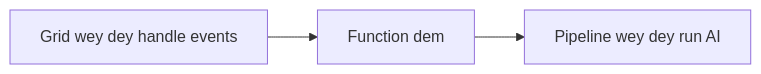
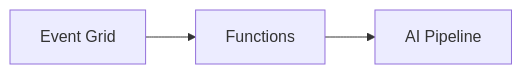
Before and after one commit to microsoft/AZD-for-beginners: the second of 2 diagrams in translations/pcm/docs/chapter-08-production/README.md, drawn with Mermaid. The commit also changed other lines of this file and 1 other file, not shown here.

````diff
--- a/translations/pcm/docs/chapter-08-production/README.md
+++ b/translations/pcm/docs/chapter-08-production/README.md
@@ -57,4 +57,4 @@
 ```mermaid
 graph LR
-    EventGrid[Grid wey dey handle events] --> Functions[Function dem] --> Pipeline[Pipeline wey dey run AI]
+    EventGrid[Event Grid] --> Functions[Functions] --> Pipeline[AI Pipeline]
 ```
````
